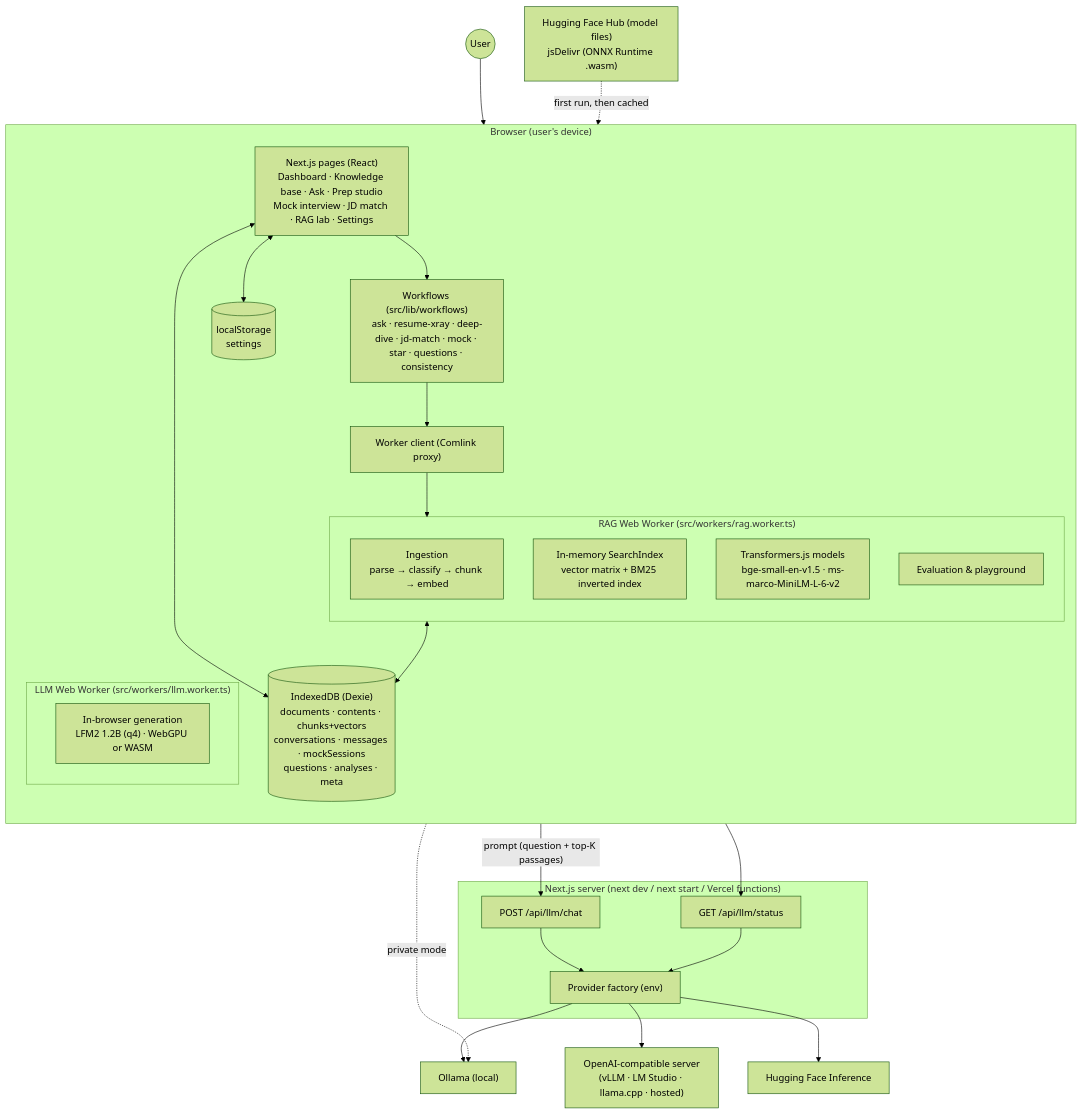
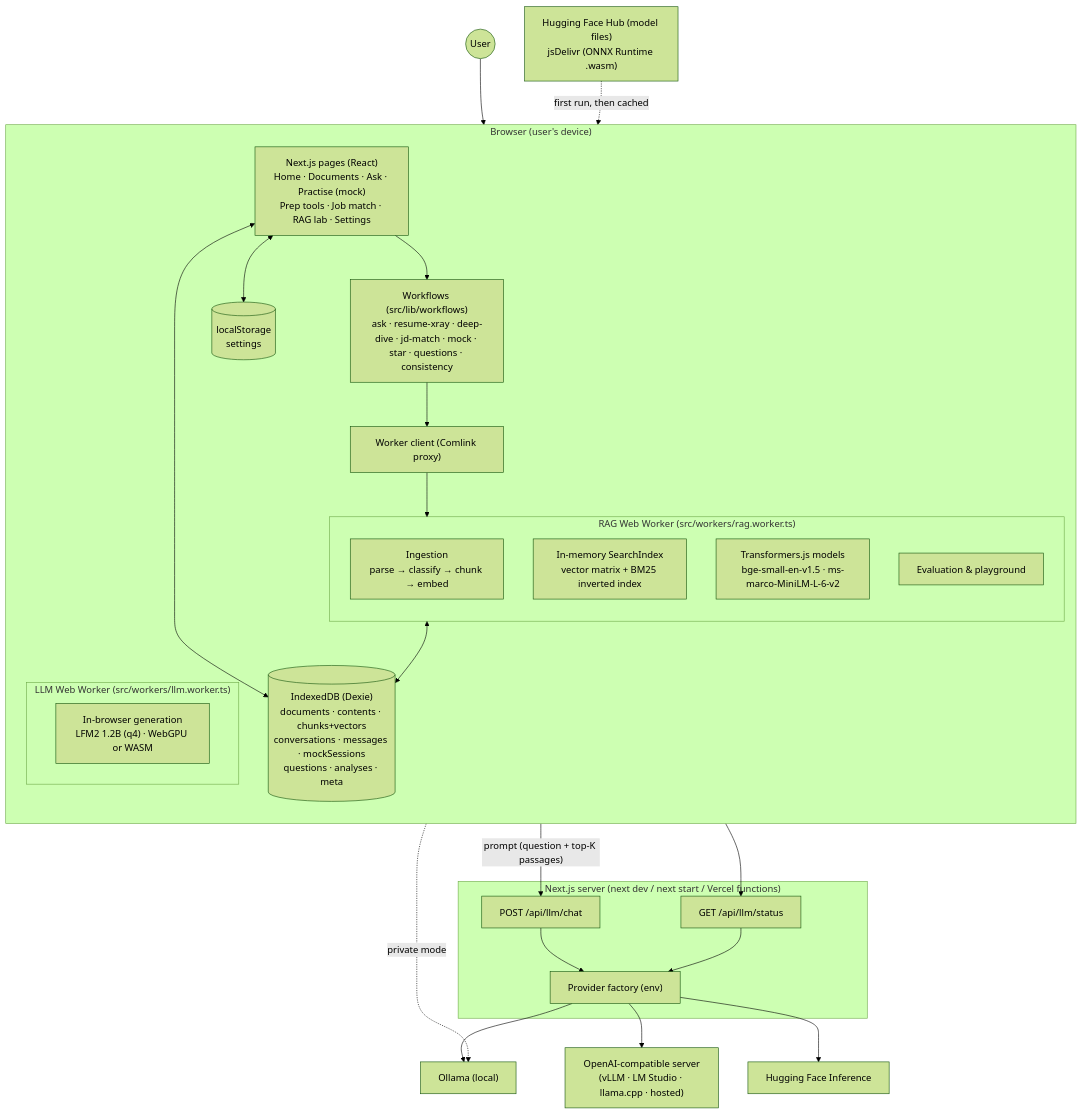
One commit to gundeeps247/resumerag changed the first of 9 diagrams in docs/ARCHITECTURE.md. Above: the diagram before and after it, drawn with Mermaid (forest theme). The commit also changed 19 other files, not shown here.

````diff
--- a/docs/ARCHITECTURE.md
+++ b/docs/ARCHITECTURE.md
@@ -7,45 +7,45 @@
 ```mermaid
 flowchart TB
   user(("User"))
   subgraph browser["Browser (user's device)"]
     direction TB
-    pages["Next.js pages (React)<br/>Dashboard · Knowledge base · Ask · Prep studio<br/>Mock interview · JD match · RAG lab · Settings"]
+    pages["Next.js pages (React)<br/>Home · Documents · Ask · Practise (mock)<br/>Prep tools · Job match · RAG lab · Settings"]
     workflows["Workflows (src/lib/workflows)<br/>ask · resume-xray · deep-dive · jd-match · mock · star · questions · consistency"]
     client["Worker client (Comlink proxy)"]
     subgraph worker["RAG Web Worker (src/workers/rag.worker.ts)"]
       ingest["Ingestion<br/>parse → classify → chunk → embed"]
       index["In-memory SearchIndex<br/>vector matrix + BM25 inverted index"]
       models["Transformers.js models<br/>bge-small-en-v1.5 · ms-marco-MiniLM-L-6-v2"]
       evalw["Evaluation & playground"]
     end
     subgraph llmw["LLM Web Worker (src/workers/llm.worker.ts)"]
       gen["In-browser generation<br/>LFM2 1.2B (q4) · WebGPU or WASM"]
     end
     idb[("IndexedDB (Dexie)<br/>documents · contents · chunks+vectors<br/>conversations · messages · mockSessions<br/>questions · analyses · meta")]
     settings[("localStorage<br/>settings")]
   end
   subgraph server["Next.js server (next dev / next start / Vercel functions)"]
     chat["POST /api/llm/chat"]
     status["GET /api/llm/status"]
     factory["Provider factory (env)"]
   end
   ollama["Ollama (local)"]
   compat["OpenAI-compatible server<br/>(vLLM · LM Studio · llama.cpp · hosted)"]
   hf["Hugging Face Inference"]
   hub["Hugging Face Hub (model files)<br/>jsDelivr (ONNX Runtime .wasm)"]
 
   user --> pages
   pages --> workflows --> client --> worker
   worker <--> idb
   pages <--> idb
   pages <--> settings
   workflows -->|"prompt (question + top-K passages)"| chat
   pages --> status
   chat --> factory
   status --> factory
   factory --> ollama
   factory --> compat
   factory --> hf
   workflows -. "private mode" .-> ollama
   hub -. "first run, then cached" .-> models
 ```
````
